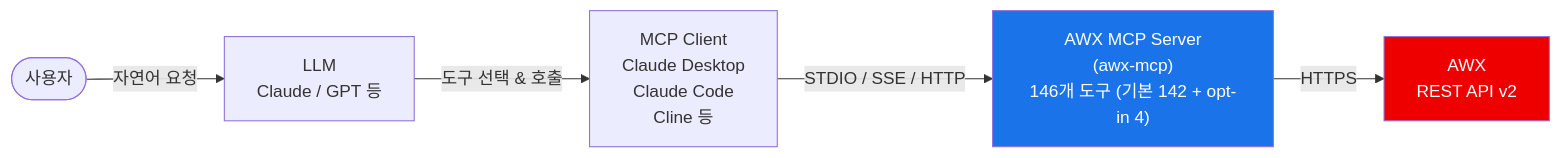
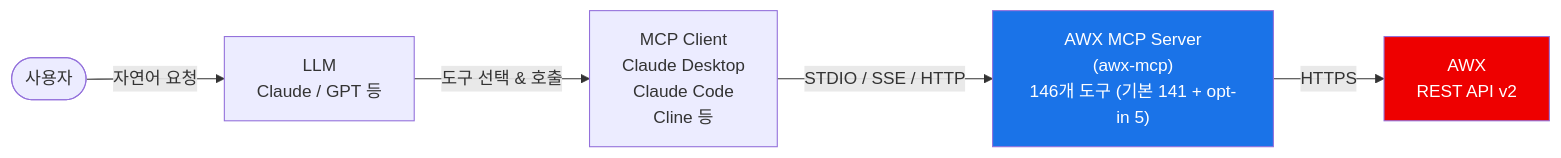
Before and after one commit to lycorp-jp/awx-mcp: the diagram in README.ko.md, drawn with Mermaid. The commit also changed other lines of this file and 22 other files, not shown here.

````diff
--- a/README.ko.md
+++ b/README.ko.md
@@ -91,16 +92,16 @@
 ```mermaid
 flowchart LR
     User([사용자])
     LLM[LLM<br/>Claude / GPT 등]
     MCP[MCP Client<br/>Claude Desktop<br/>Claude Code<br/>Cline 등]
-    AWX_MCP["AWX MCP Server<br/>(awx-mcp)<br/>146개 도구 (기본 142 + opt-in 4)"]
+    AWX_MCP["AWX MCP Server<br/>(awx-mcp)<br/>146개 도구 (기본 141 + opt-in 5)"]
     AWX[AWX<br/>REST API v2]
 
     User -- 자연어 요청 --> LLM
     LLM -- 도구 선택 & 호출 --> MCP
     MCP -- "STDIO / SSE / HTTP" --> AWX_MCP
     AWX_MCP -- HTTPS --> AWX
 
     style AWX_MCP fill:#1a73e8,color:#fff
     style AWX fill:#ee0000,color:#fff
 ```
````
